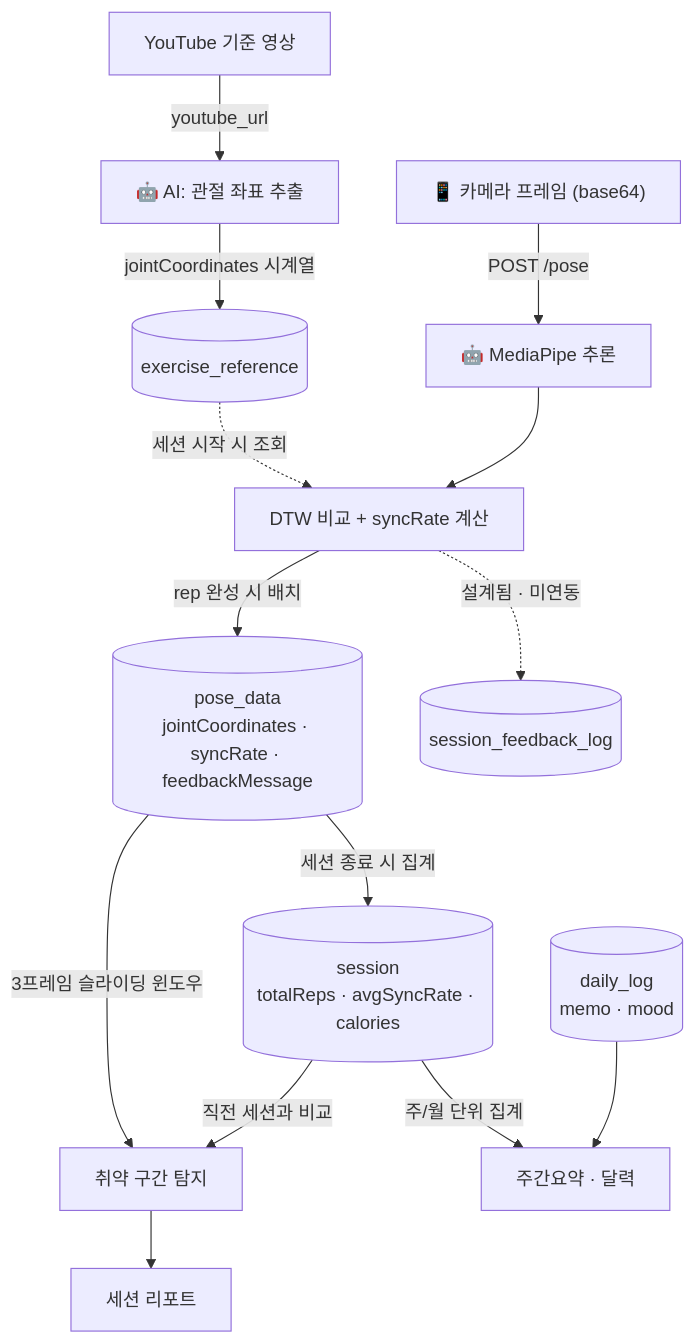
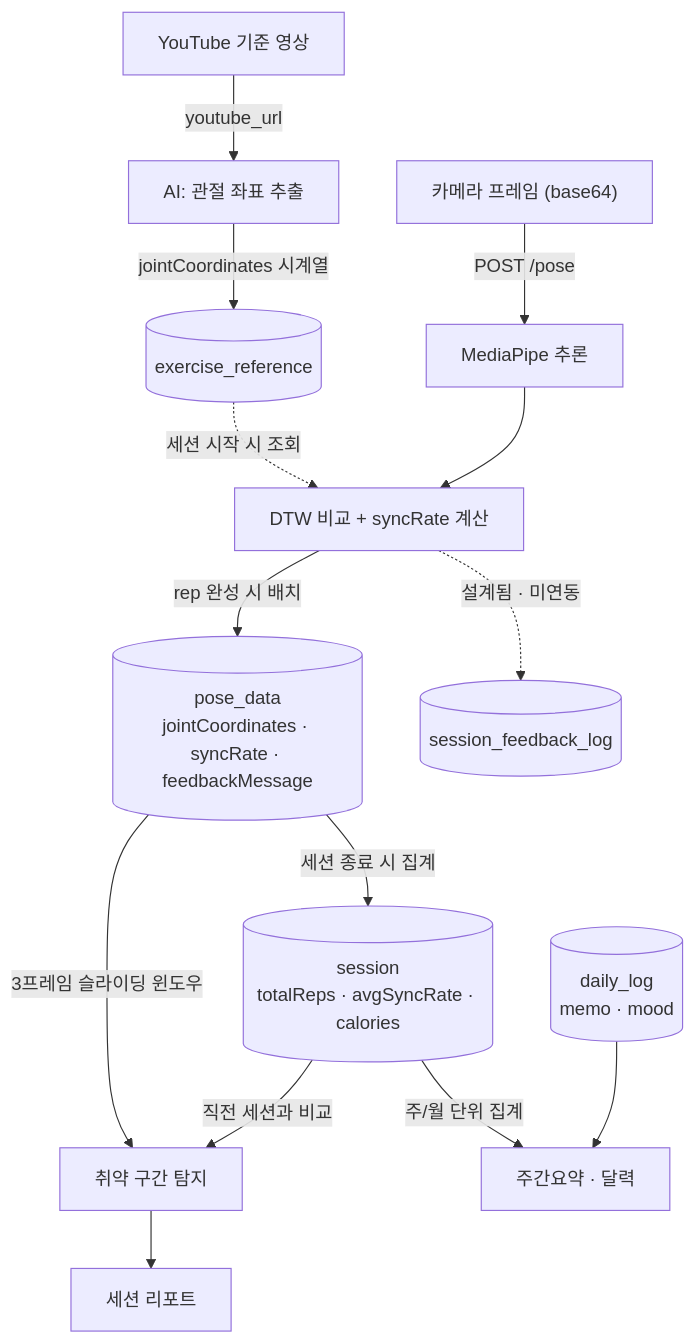
Before and after one commit to Shadowfit/init: the second of 3 diagrams in backend/README.md, drawn with Mermaid. The commit also changed other lines of this file, not shown here.

Commit message:
docs(backend): mermaid 다이어그램 아이콘 이모지 제거

````diff
--- a/backend/README.md
+++ b/backend/README.md
@@ -46,19 +46,19 @@
 ```mermaid
 flowchart TD
-    YT["YouTube 기준 영상"] -->|"youtube_url"| Extract["🤖 AI: 관절 좌표 추출"]
+    YT["YouTube 기준 영상"] -->|"youtube_url"| Extract["AI: 관절 좌표 추출"]
     Extract -->|"jointCoordinates 시계열"| RefDB[("exercise_reference")]
 
-    Cam["📱 카메라 프레임 (base64)"] -->|"POST /pose"| MP["🤖 MediaPipe 추론"]
+    Cam["카메라 프레임 (base64)"] -->|"POST /pose"| MP["MediaPipe 추론"]
     RefDB -.->|"세션 시작 시 조회"| DTW
     MP --> DTW["DTW 비교 + syncRate 계산"]
     DTW -->|"rep 완성 시 배치"| PoseDB[("pose_data<br/>jointCoordinates · syncRate · feedbackMessage")]
     DTW -.->|"설계됨 · 미연동"| FeedbackDB[("session_feedback_log")]
 
     PoseDB -->|"세션 종료 시 집계"| SessionDB[("session<br/>totalReps · avgSyncRate · calories")]
 
     PoseDB -->|"3프레임 슬라이딩 윈도우"| Weak["취약 구간 탐지"]
     SessionDB -->|"직전 세션과 비교"| Weak
     Weak --> Report["세션 리포트"]
     SessionDB -->|"주/월 단위 집계"| Weekly["주간요약 · 달력"]
     DailyLogDB[("daily_log<br/>memo · mood")] --> Weekly
 ```
````
